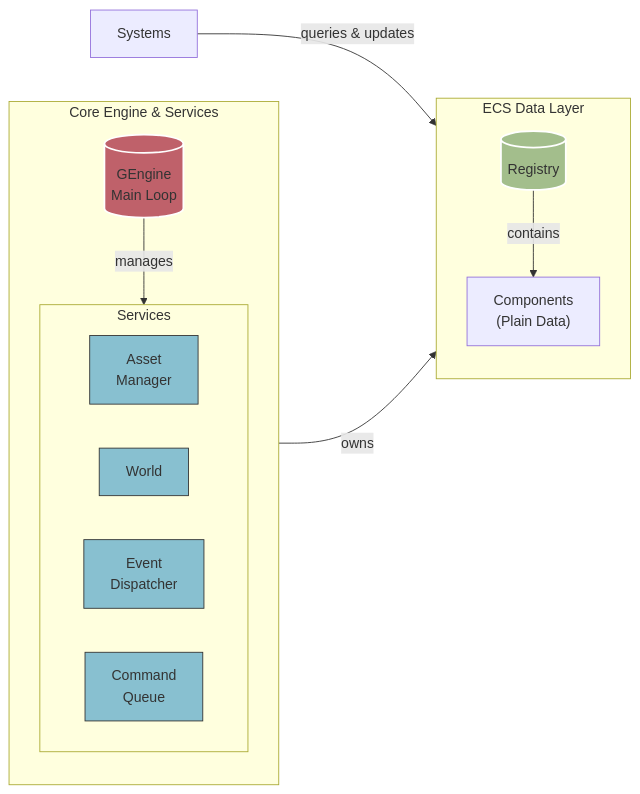
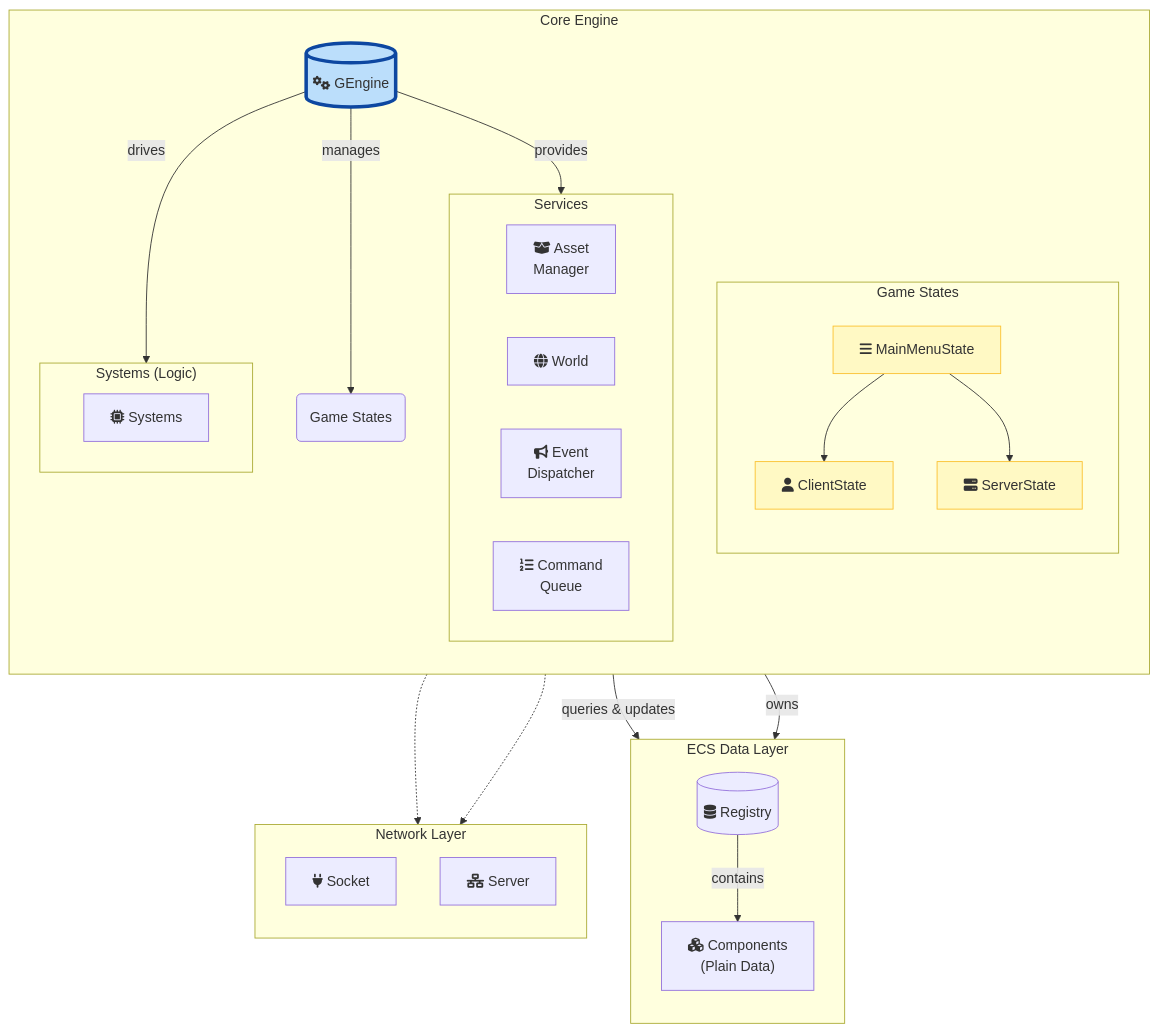
The first of 2 diagrams in README.md (yehsi2000/factorygame), drawn with Mermaid before and after one commit. The commit also changed other lines of this file and 27 other files, not shown here.

````diff
--- a/README.md
+++ b/README.md
@@ -21,33 +82,71 @@
 ```mermaid
-graph LR
-  direction LR
-  subgraph "Core Engine & Services"
+%% Graph Direction: Top-Down for better hierarchy visualization
+graph TD
+
+  %% --- Style Definitions ---
+  classDef core fill:#E3F2FD,stroke:#333,stroke-width:2px,color:#000;
+  classDef data fill:#E0F2F1,stroke:#00796B,stroke-width:2px,color:#000;
+  classDef network fill:#F3E5F5,stroke:#8E24AA,stroke-width:2px,color:#000;
+  classDef state fill:#FFF9C4,stroke:#FBC02D,stroke-width:1px,color:#333;
+  classDef engine fill:#BBDEFB,stroke:#0D47A1,stroke-width:4px, color:#333;
+
+  %% --- Core Engine Subgraph ---
+  subgraph "Core Engine"
     direction TB
-    GEngine[("GEngine<br/>Main Loop")]
+    GEngine[("fa:fa-cogs GEngine")]:::engine
+
+    subgraph "Game States"
+        direction TB
+        MainMenuState["fa:fa-bars MainMenuState"]:::state
+        ClientState["fa:fa-user ClientState"]:::state
+        ServerState["fa:fa-server ServerState"]:::state
+    end
+
+    subgraph "Services"
+        direction LR
+        AssetManager["fa:fa-box-open Asset<br/>Manager"]
+        World["fa:fa-globe World"]
+        EventDispatcher["fa:fa-bullhorn Event<br/>Dispatcher"]
+        CommandQueue["fa:fa-list-ol Command<br/>Queue"]
+    end
     
-    subgraph "Services"
-      direction LR
-      AssetManager["Asset<br/>Manager"]
-      World
-      EventDispatcher["Event<br/>Dispatcher"]
-      CommandQueue["Command<br/>Queue"]
+    subgraph "Systems (Logic)"
+        direction LR
+        Systems["fa:fa-microchip Systems"]
     end
+
+    GEngine -- "manages" --> Game_States("Game States")
+    GEngine -- "provides" --> Services
+    GEngine -- "drives" --> Systems
+    
+    MainMenuState --> ClientState
+    MainMenuState --> ServerState
   end
+  classDef Core_Engine core
 
+  %% --- ECS Data Layer Subgraph ---
   subgraph "ECS Data Layer"
     direction TB
-    Registry[("Registry")]
-    Components["Components<br/>(Plain Data)"]
-    Registry -- contains --> Components
+    Registry[("fa:fa-database Registry")]
+    Components["fa:fa-cubes Components<br/>(Plain Data)"]
+    Registry -- "contains" --> Components
   end
+  classDef ECS_Data_Layer data
 
-  GEngine -- owns --> Registry
-  GEngine -- manages --> Services
+  %% --- Network Layer Subgraph ---
+  subgraph "Network Layer"
+    direction TB
+    Socket["fa:fa-plug Socket"]
+    Server["fa:fa-network-wired Server"]
+  end
+  classDef Network_Layer network
 
+  %% --- Inter-Subgraph Connections ---
+  ClientState -.-> Socket
+  ServerState -.-> Server
+  
   Systems -- "queries & updates" --> Registry
+  
+  GEngine -- "owns" --> Registry
 
-  style GEngine fill:#bf616a,stroke:#fff,stroke-width:2px
-  style Registry fill:#a3be8c,stroke:#fff,stroke-width:2px
-  classDef service fill:#88c0d0,stroke:#333
-  class AssetManager,World,EventDispatcher,CommandQueue service
 ```
````
